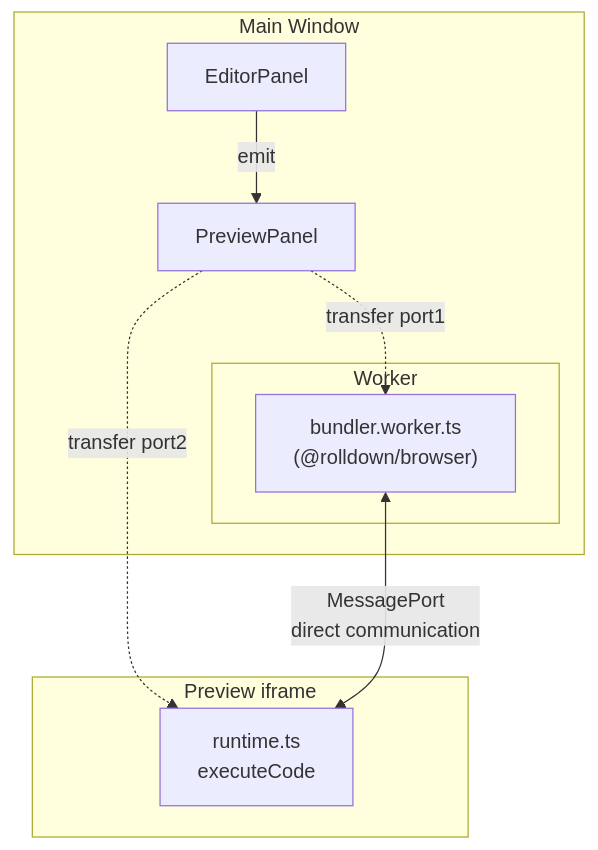
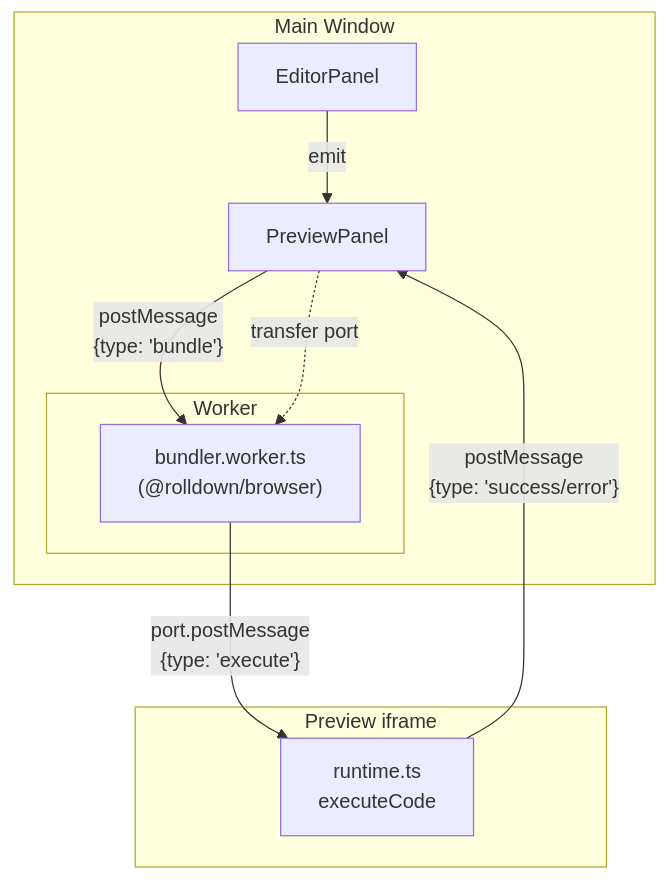
The fifth of 8 diagrams in design/hmr-worker-architecture.md (kazupon/vrowzer), drawn with Mermaid before and after one commit. The commit also changed other lines of this file and 1 other file, not shown here.

Commit message:
docs: update hmr worker architecture

````diff
--- a/design/hmr-worker-architecture.md
+++ b/design/hmr-worker-architecture.md
@@ -160,20 +160,21 @@
 ```mermaid
 flowchart TB
     subgraph MainWindow_A2["Main Window"]
         EditorPanel_A2["EditorPanel"]
         PreviewPanel_A2["PreviewPanel"]
         EditorPanel_A2 -->|"emit"| PreviewPanel_A2
 
         subgraph Worker_A2["Worker"]
             bundlerWorker_A2["bundler.worker.ts<br/>(@rolldown/browser)"]
         end
     end
 
     subgraph PreviewIframe_A2["Preview iframe"]
         runtime_A2["runtime.ts<br/>executeCode"]
     end
 
-    PreviewPanel_A2 -.->|"transfer port1"| bundlerWorker_A2
-    PreviewPanel_A2 -.->|"transfer port2"| runtime_A2
-    bundlerWorker_A2 <-->|"MessagePort<br/>direct communication"| runtime_A2
+    PreviewPanel_A2 -->|"postMessage<br/>{type: 'bundle'}"| bundlerWorker_A2
+    PreviewPanel_A2 -.->|"transfer port"| bundlerWorker_A2
+    bundlerWorker_A2 -->|"port.postMessage<br/>{type: 'execute'}"| runtime_A2
+    runtime_A2 -->|"postMessage<br/>{type: 'success/error'}"| PreviewPanel_A2
 ```
````
